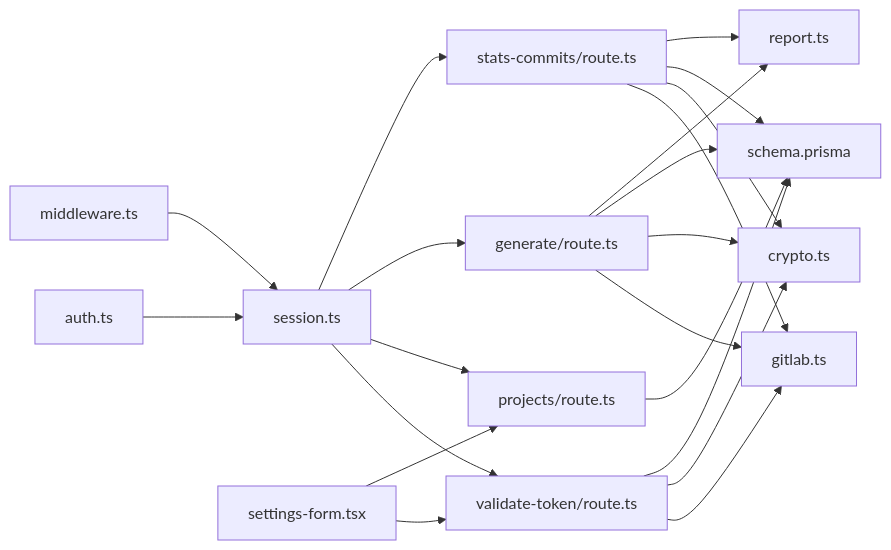
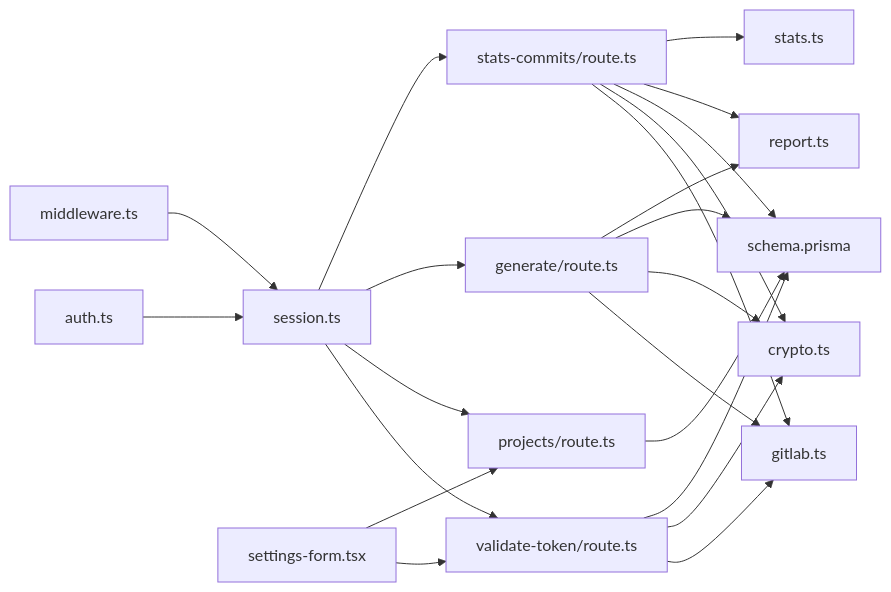
One commit to jrj444/git-daily changed the tenth of 10 diagrams in .qoder/repowiki/en/content/Report Generation System/GitLab Integration.md. Above: the diagram before and after it, drawn with Mermaid. The commit also changed other lines of this file and 6 other files, not shown here.

````diff
--- a/.qoder/repowiki/en/content/Report Generation System/GitLab Integration.md
+++ b/.qoder/repowiki/en/content/Report Generation System/GitLab Integration.md
@@ -425,23 +446,24 @@
 ```mermaid
 graph LR
 VT["validate-token/route.ts"] --> GL["gitlab.ts"]
 VT --> CR["crypto.ts"]
 VT --> PR["schema.prisma"]
 PJ["projects/route.ts"] --> PR
 GR["generate/route.ts"] --> GL
 GR --> CR
 GR --> PR
 GR --> RP["report.ts"]
 SC["stats-commits/route.ts"] --> GL
 SC --> CR
 SC --> PR
 SC --> RP
+SC --> ST["stats.ts"]
 SE["session.ts"] --> VT
 SE --> PJ
 SE --> GR
 SE --> SC
 AU["auth.ts"] --> SE
 MW["middleware.ts"] --> SE
 SF["settings-form.tsx"] --> VT
 SF --> PJ
 ```
````
